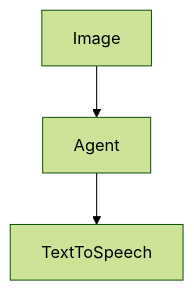
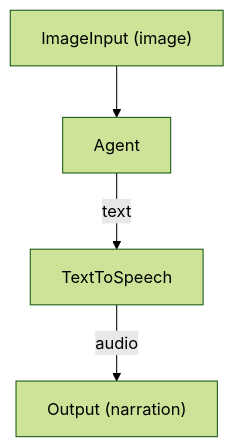
The diagram in docs/workflows/image-to-audio-story.md (nodetool-ai/nodetool), drawn with Mermaid (forest theme) before and after one commit. The commit also changed other lines of this file and 118 other files, not shown here.

```diff
--- a/docs/workflows/image-to-audio-story.md
+++ b/docs/workflows/image-to-audio-story.md
@@ -33,8 +33,10 @@
 {% mermaid %}
 graph TD
-  image_1["Image"]
-  agent_77a9cf["Agent"]
-  texttospeech_ffb9de["TextToSpeech"]
-  image_1 --> agent_77a9cf
-  agent_77a9cf --> texttospeech_ffb9de
+  image["ImageInput (image)"]
+  agent["Agent"]
+  tts["TextToSpeech"]
+  narration["Output (narration)"]
+  image --> agent
+  agent -->|text| tts
+  tts -->|audio| narration
 {% endmermaid %}
```
